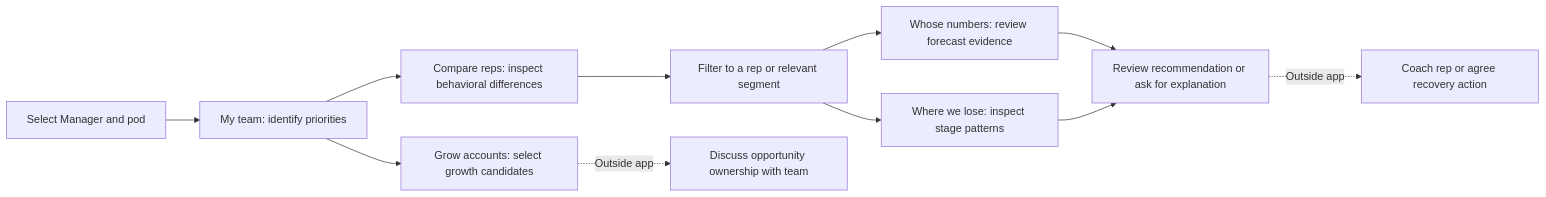
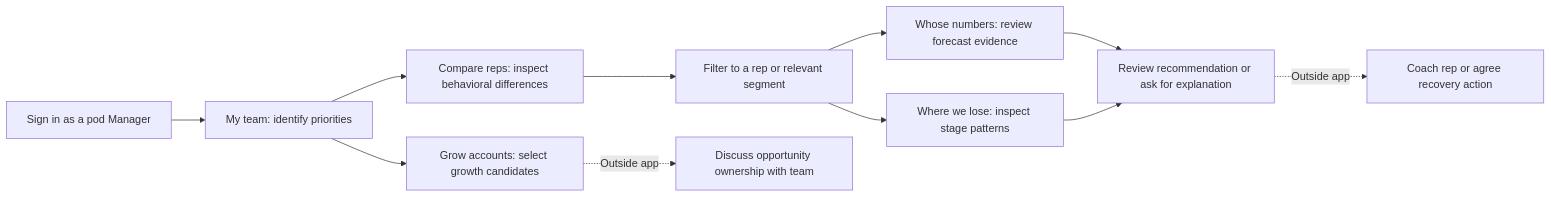
The fourth of 6 diagrams in Context/NTT_Command_Centre_Business_and_User_Flow.md (rp0023/ntt-command-centre), drawn with Mermaid before and after one commit. The commit also changed other lines of this file and 52 other files, not shown here.

````diff
--- a/Context/NTT_Command_Centre_Business_and_User_Flow.md
+++ b/Context/NTT_Command_Centre_Business_and_User_Flow.md
@@ -174,13 +174,13 @@
 ```mermaid
 flowchart LR
-    A[Select Manager and pod] --> B[My team: identify priorities]
+    A[Sign in as a pod Manager] --> B[My team: identify priorities]
     B --> C[Compare reps: inspect behavioral differences]
     C --> D[Filter to a rep or relevant segment]
     D --> E[Whose numbers: review forecast evidence]
     D --> F[Where we lose: inspect stage patterns]
     E --> G[Review recommendation or ask for explanation]
     F --> G
     G -. Outside app .-> H[Coach rep or agree recovery action]
     B --> I[Grow accounts: select growth candidates]
     I -. Outside app .-> J[Discuss opportunity ownership with team]
 ```
````
